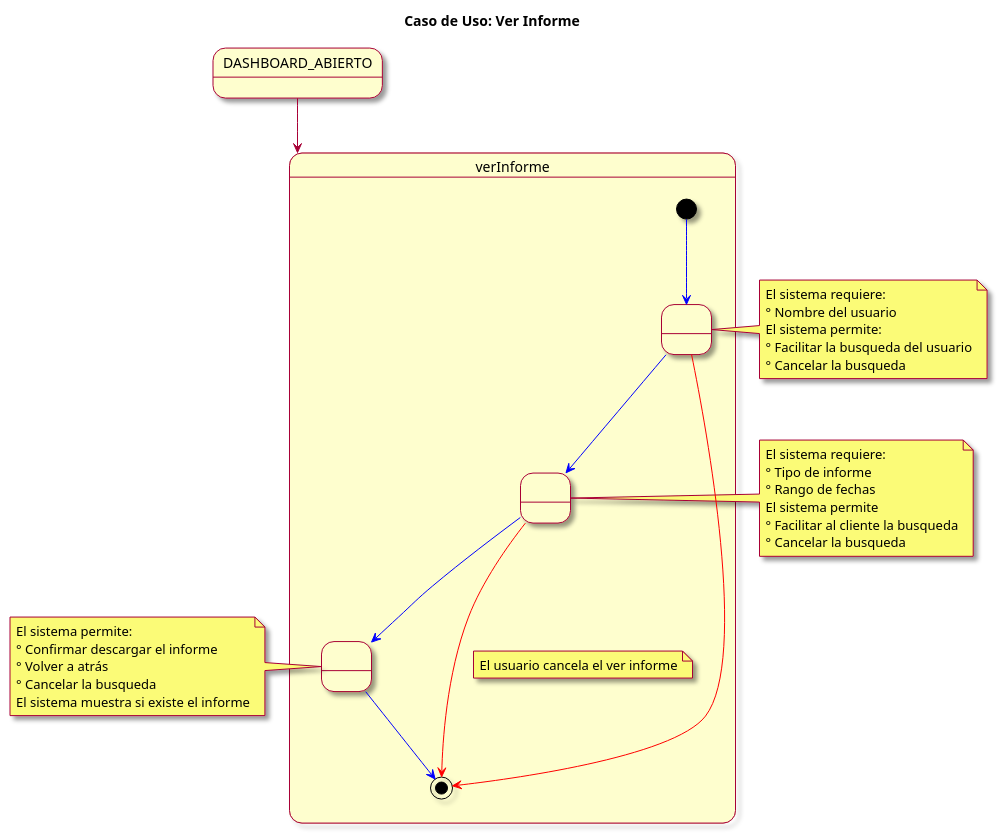
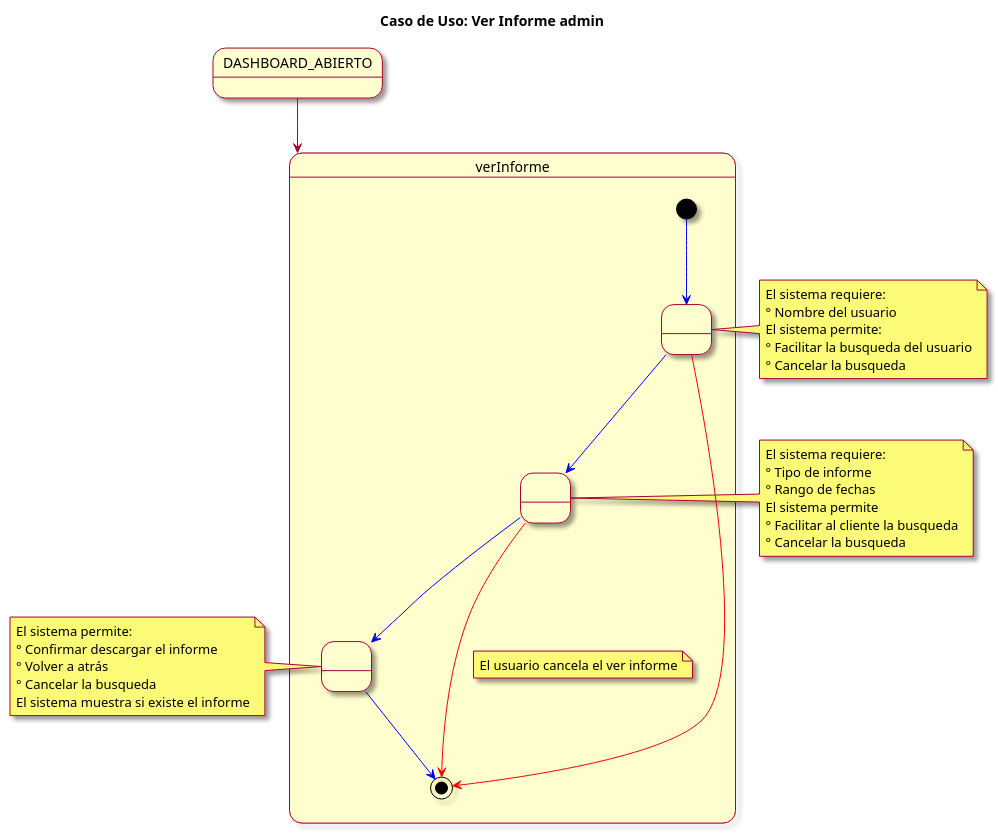
Before and after one commit to mmasias/23-24-IdSw1-SDR: the diagram in modelosUML/casosDeUso/detalles/verInformeAdmin.puml, drawn with PlantUML. The commit also changed 2 other files, not shown here.

Commit message:
actualizar-documento-caso-de-uso-ver-informe-admin

```diff
--- a/modelosUML/casosDeUso/detalles/verInformeAdmin.puml
+++ b/modelosUML/casosDeUso/detalles/verInformeAdmin.puml
@@ -1,47 +1,47 @@
 @startuml descripción CDU informe
 
 skin rose
-title Caso de Uso: Ver Informe
+title Caso de Uso: Ver Informe admin
 
 state DASHBOARD_ABIERTO
 
 DASHBOARD_ABIERTO --> verInforme
 
 state verInforme {
   [*] -[#blue]-> seleccionarUsuario
   state " " as seleccionarUsuario
   seleccionarUsuario -[#blue]-> inicioInforme
   seleccionarUsuario -[#red]-> [*]
   state " " as inicioInforme
   inicioInforme -[#blue]-> mostrarInforme
   state " " as mostrarInforme
   mostrarInforme  -[#blue]-> [*]
   inicioInforme -[#red]-> [*]
   note on link: El usuario cancela el ver informe
 }
 note left of mostrarInforme
   El sistema permite:
   ° Confirmar descargar el informe
   ° Volver a atrás
   ° Cancelar la busqueda
   El sistema muestra si existe el informe
 end note
 
 note left of inicioInforme
   El sistema requiere:
   ° Tipo de informe
   ° Rango de fechas
   El sistema permite
   ° Facilitar al cliente la busqueda
   ° Cancelar la busqueda
 end note
 
 note right of seleccionarUsuario
  El sistema requiere:
  ° Nombre del usuario
  El sistema permite:
  ° Facilitar la busqueda del usuario
  ° Cancelar la busqueda
 end note
 
 @enduml
```
